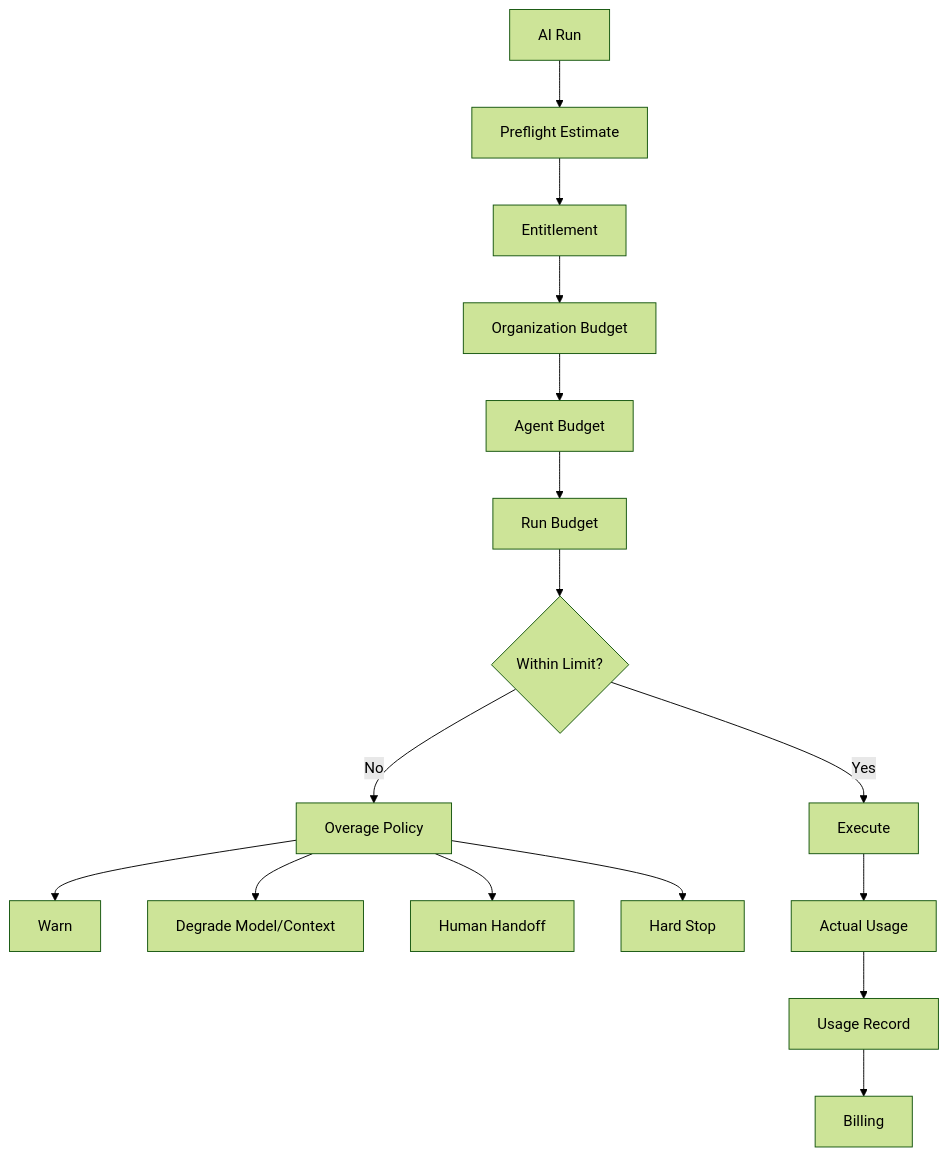
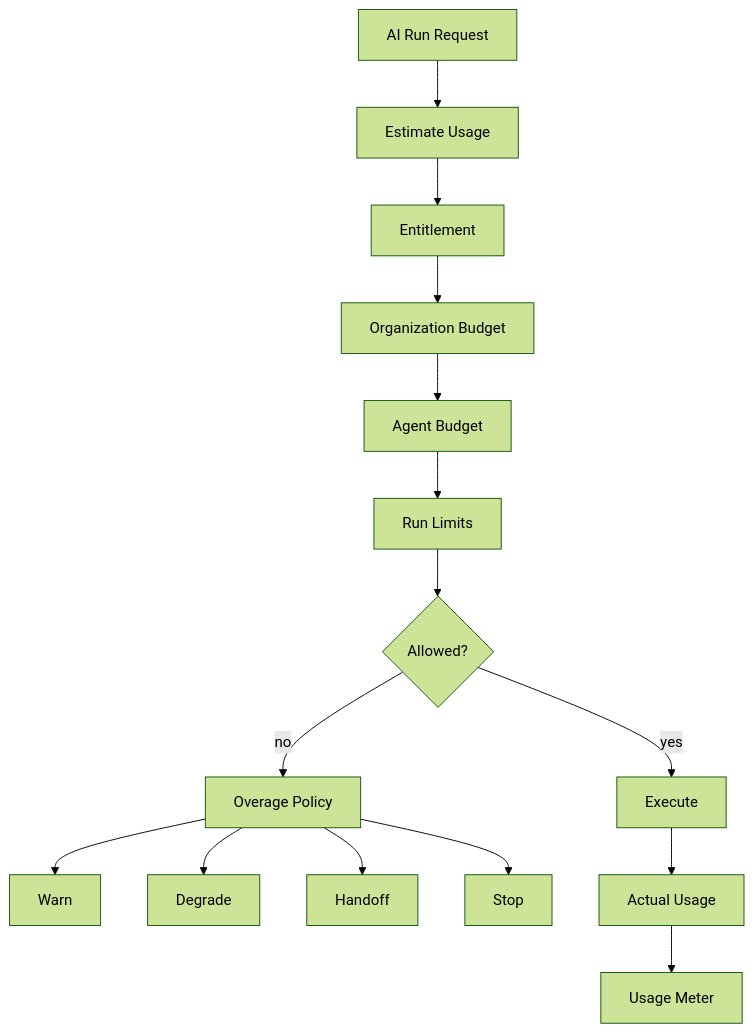
The diagram in docs/ai/cost-control.md (D-engahmed/OMILINKS), drawn with Mermaid (forest theme) before and after one commit. The commit also changed other lines of this file and 2 other files, not shown here.

````diff
--- a/docs/ai/cost-control.md
+++ b/docs/ai/cost-control.md
@@ -85,18 +35,17 @@
-```mermaid
+~~~mermaid
 flowchart TD
-RUN[AI Run] --> PRE[Preflight Estimate]
-PRE --> ENT[Entitlement]
+RUN[AI Run Request] --> ESTIMATE[Estimate Usage]
+ESTIMATE --> ENT[Entitlement]
 ENT --> ORG[Organization Budget]
 ORG --> AGENT[Agent Budget]
-AGENT --> RUNB[Run Budget]
-RUNB --> DEC{Within Limit?}
-DEC -->|Yes| EXEC[Execute]
-DEC -->|No| POLICY[Overage Policy]
+AGENT --> LIMIT[Run Limits]
+LIMIT --> DECIDE{Allowed?}
+DECIDE -->|yes| EXEC[Execute]
+DECIDE -->|no| POLICY[Overage Policy]
 POLICY --> WARN[Warn]
-POLICY --> DEG[Degrade Model/Context]
-POLICY --> HANDOFF[Human Handoff]
-POLICY --> STOP[Hard Stop]
+POLICY --> DEGRADE[Degrade]
+POLICY --> HANDOFF[Handoff]
+POLICY --> STOP[Stop]
 EXEC --> ACTUAL[Actual Usage]
-ACTUAL --> METER[Usage Record]
-METER --> BILL[Billing]
-```
+ACTUAL --> METER[Usage Meter]
+~~~
````
